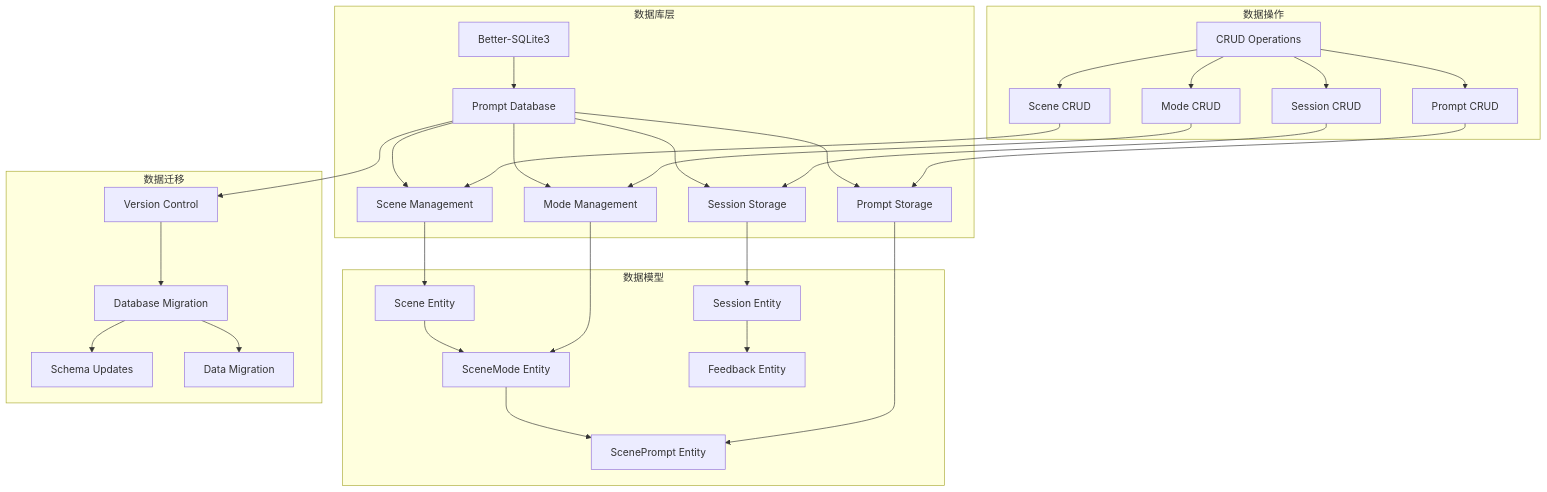
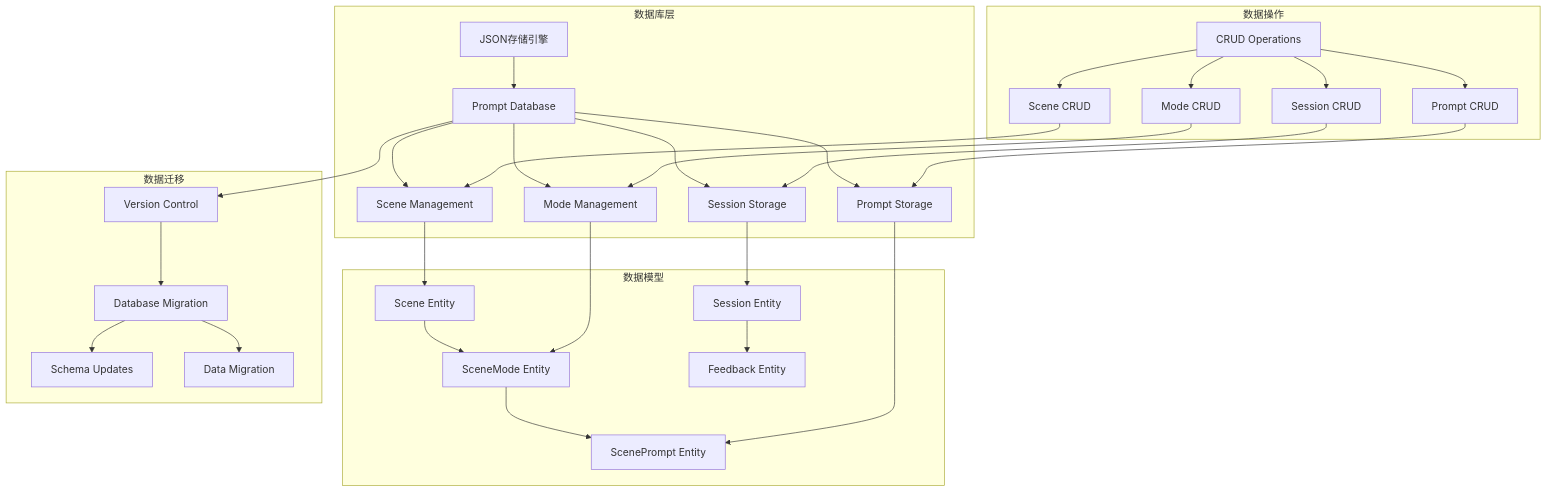
One commit to Songmengdi/mcp-feedback-collector changed the second of 6 diagrams in docs/模块层/后端模块/详细分析.md. Above: the diagram before and after it, drawn with Mermaid. The commit also changed other lines of this file and 16 other files, not shown here.

````diff
--- a/docs/模块层/后端模块/详细分析.md
+++ b/docs/模块层/后端模块/详细分析.md
@@ -117,39 +117,39 @@
 ```mermaid
 graph TB
     subgraph "数据库层"
-        A[Better-SQLite3] --> B[Prompt Database]
+        A[JSON存储引擎] --> B[Prompt Database]
         B --> C[Scene Management]
         B --> D[Mode Management]
         B --> E[Prompt Storage]
         B --> F[Session Storage]
     end
     
     subgraph "数据模型"
         G[Scene Entity] --> H[SceneMode Entity]
         H --> I[ScenePrompt Entity]
         J[Session Entity] --> K[Feedback Entity]
     end
     
     subgraph "数据操作"
         L[CRUD Operations] --> M[Scene CRUD]
         L --> N[Mode CRUD]
         L --> O[Prompt CRUD]
         L --> P[Session CRUD]
     end
     
     subgraph "数据迁移"
         Q[Version Control] --> R[Database Migration]
         R --> S[Schema Updates]
         R --> T[Data Migration]
     end
     
     C --> G
     D --> H
     E --> I
     F --> J
     M --> C
     N --> D
     O --> E
     P --> F
     B --> Q
 ```
````
